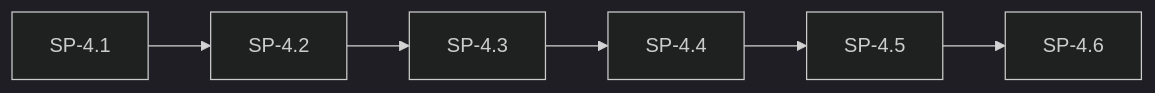
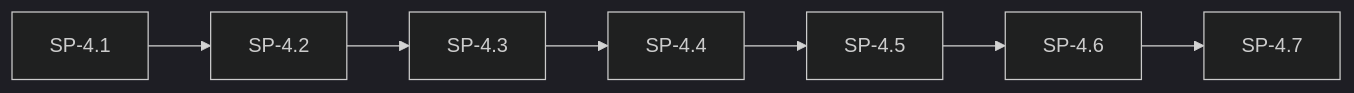
Before and after one commit to beettlle/peal: the fifth of 7 diagrams in docs/implementation-plan.md, drawn with Mermaid (dark theme). The commit also changed other lines of this file and 16 other files, not shown here.

````diff
--- a/docs/implementation-plan.md
+++ b/docs/implementation-plan.md
@@ -163,14 +164,16 @@
 ```mermaid
 flowchart LR
   SP41[SP-4.1]
   SP42[SP-4.2]
   SP43[SP-4.3]
   SP44[SP-4.4]
   SP45[SP-4.5]
   SP46[SP-4.6]
+  SP47[SP-4.7]
   SP41 --> SP42
   SP42 --> SP43
   SP43 --> SP44
   SP44 --> SP45
   SP45 --> SP46
+  SP46 --> SP47
 ```
````
